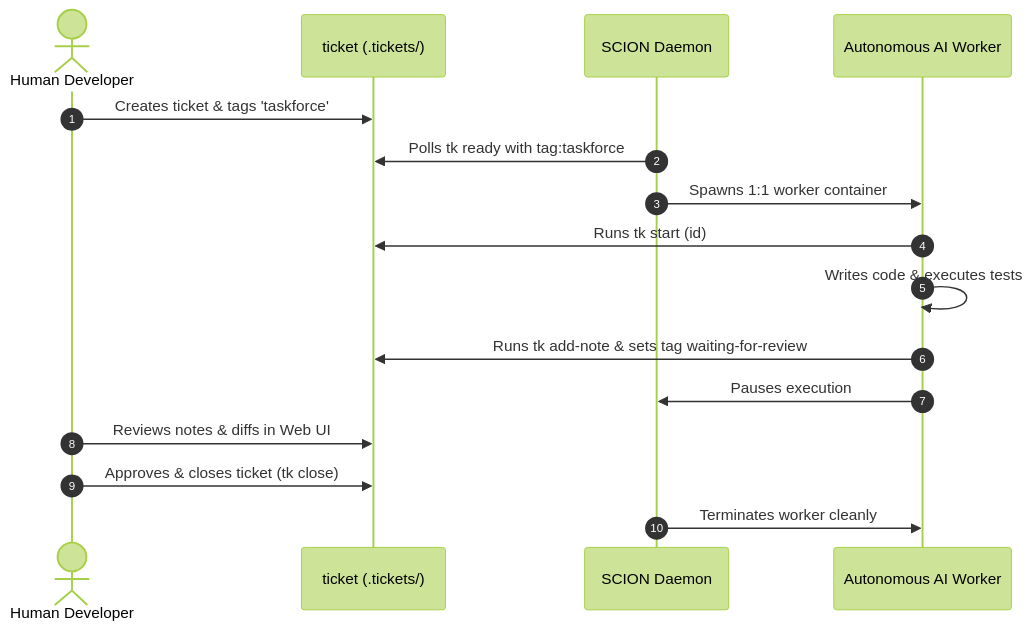
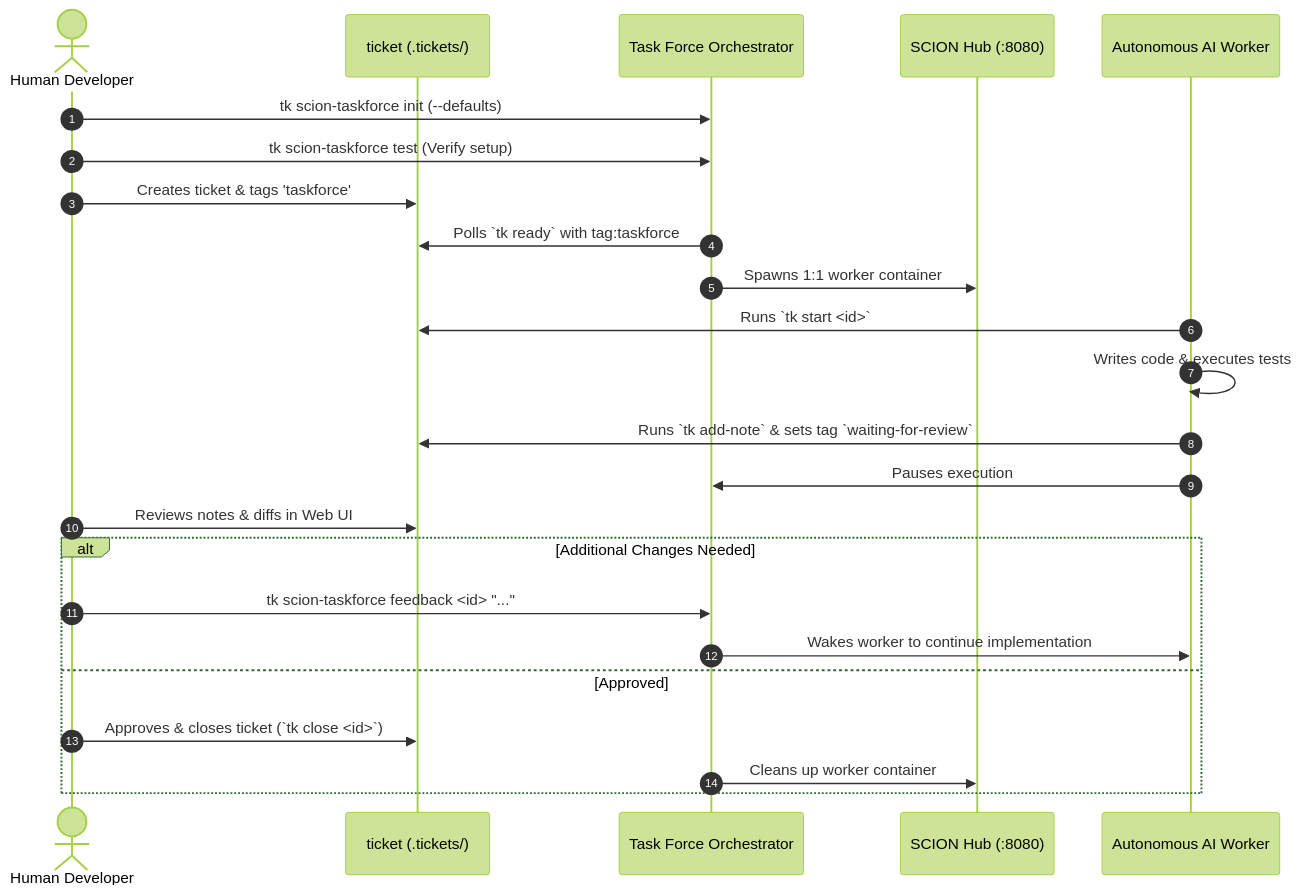
The diagram in docs/workflows/scion-taskforce.md (msampathkumar/ticket), drawn with Mermaid (forest theme) before and after one commit. The commit also changed other lines of this file and 4 other files, not shown here.

Commit message:
docs: update documentation for SCION Hub integration, setup wizard, test runner, and light theme borders

````diff
--- a/docs/workflows/scion-taskforce.md
+++ b/docs/workflows/scion-taskforce.md
@@ -12,19 +12,27 @@
 ```mermaid
 sequenceDiagram
     autonumber
     actor Developer as Human Developer
     participant TK as ticket (.tickets/)
-    participant Daemon as SCION Daemon
+    participant TF as Task Force Orchestrator
+    participant Hub as SCION Hub (:8080)
     participant Worker as Autonomous AI Worker
 
+    Developer->>TF: tk scion-taskforce init (--defaults)
+    Developer->>TF: tk scion-taskforce test (Verify setup)
     Developer->>TK: Creates ticket & tags 'taskforce'
-    Daemon->>TK: Polls tk ready with tag:taskforce
-    Daemon->>Worker: Spawns 1:1 worker container
-    Worker->>TK: Runs tk start (id)
+    TF->>TK: Polls `tk ready` with tag:taskforce
+    TF->>Hub: Spawns 1:1 worker container
+    Worker->>TK: Runs `tk start <id>`
     Worker->>Worker: Writes code & executes tests
-    Worker->>TK: Runs tk add-note & sets tag waiting-for-review
-    Worker->>Daemon: Pauses execution
+    Worker->>TK: Runs `tk add-note` & sets tag `waiting-for-review`
+    Worker->>TF: Pauses execution
     Developer->>TK: Reviews notes & diffs in Web UI
-    Developer->>TK: Approves & closes ticket (tk close)
-    Daemon->>Worker: Terminates worker cleanly
+    alt Additional Changes Needed
+        Developer->>TF: tk scion-taskforce feedback <id> "..."
+        TF->>Worker: Wakes worker to continue implementation
+    else Approved
+        Developer->>TK: Approves & closes ticket (`tk close <id>`)
+        TF->>Hub: Cleans up worker container
+    end
 ```
````
